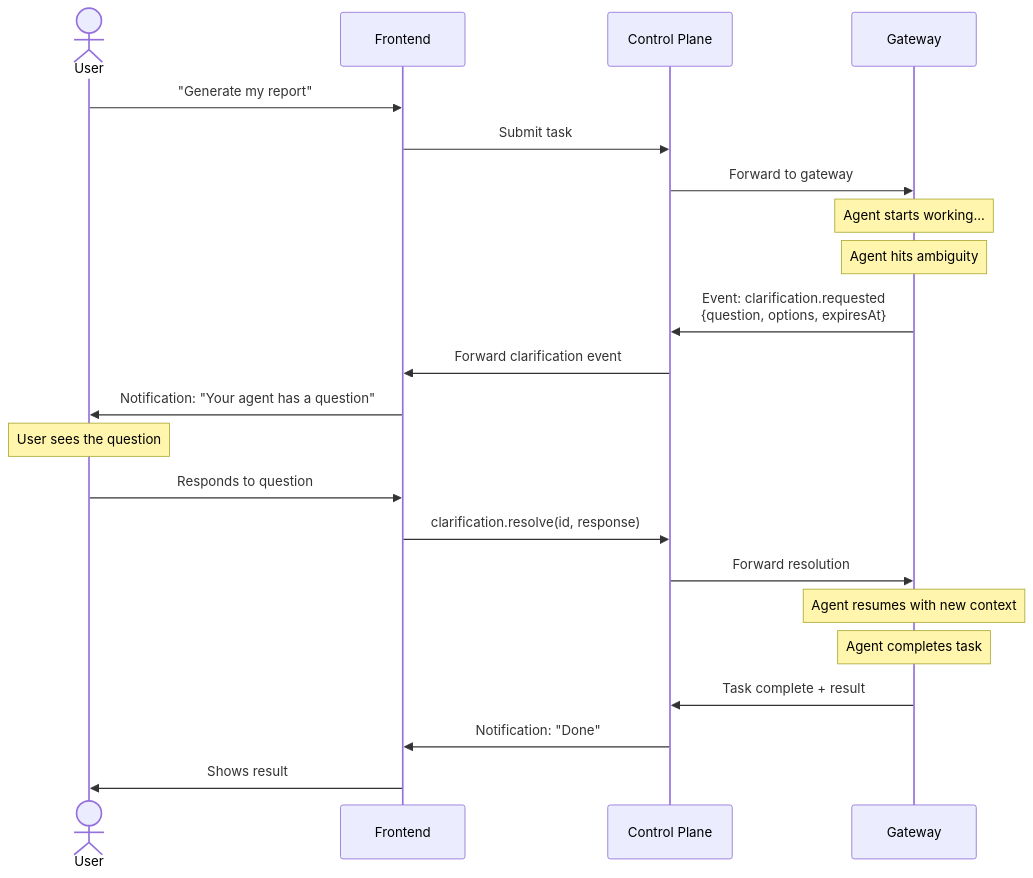
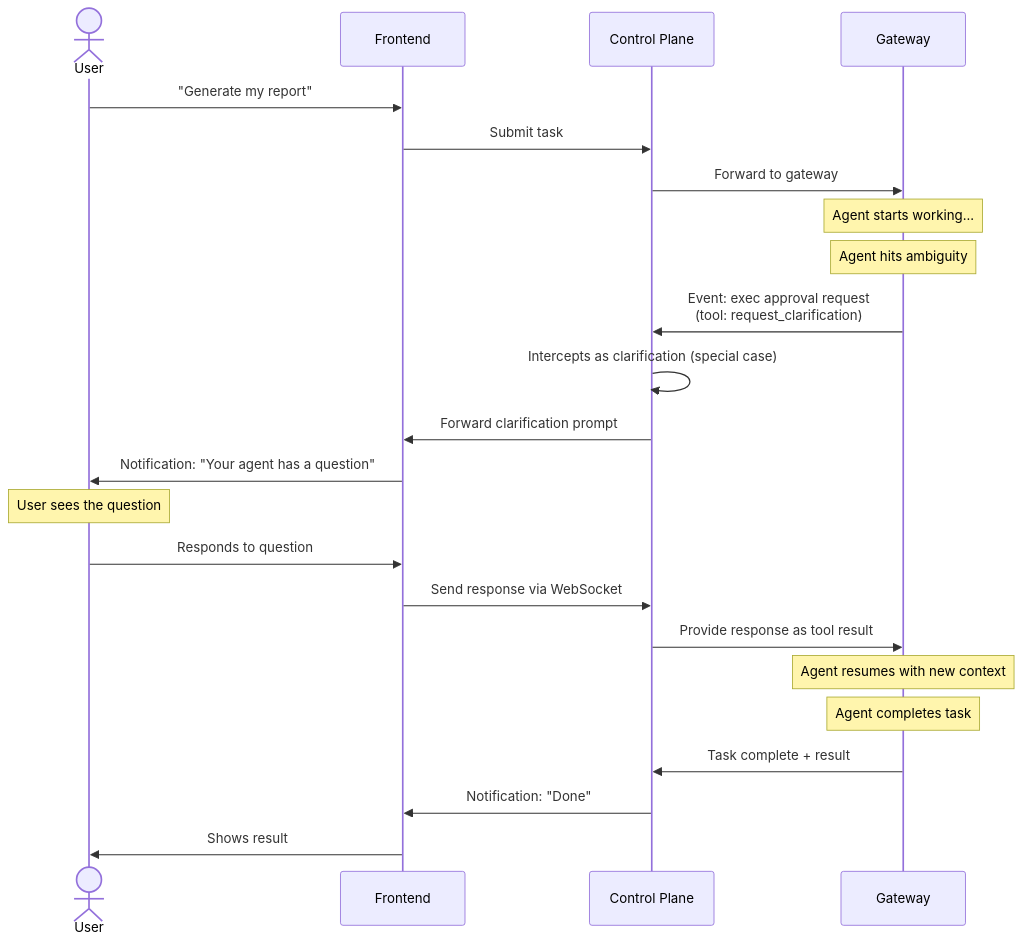
The first of 2 diagrams in brainstorm/features/error-handling.md (1qh/claw), drawn with Mermaid before and after one commit. The commit also changed other lines of this file and 17 other files, not shown here.

Commit message:
Comprehensive fix: 27 remaining issues from round 1+2 — stack gaps, security hardening, cost estimates, deferred features, schema corrections

````diff
--- a/brainstorm/features/error-handling.md
+++ b/brainstorm/features/error-handling.md
@@ -56,31 +56,32 @@
 ```mermaid
 sequenceDiagram
     actor User
     participant FE as Frontend
     participant CP as Control Plane
     participant GW as Gateway
 
     User->>FE: "Generate my report"
     FE->>CP: Submit task
     CP->>GW: Forward to gateway
 
     Note over GW: Agent starts working...
     Note over GW: Agent hits ambiguity
 
-    GW->>CP: Event: clarification.requested<br/>{question, options, expiresAt}
-    CP->>FE: Forward clarification event
+    GW->>CP: Event: exec approval request<br/>(tool: request_clarification)
+    CP->>CP: Intercepts as clarification (special case)
+    CP->>FE: Forward clarification prompt
     FE->>User: Notification: "Your agent has a question"
 
     Note over User: User sees the question
 
     User->>FE: Responds to question
-    FE->>CP: clarification.resolve(id, response)
-    CP->>GW: Forward resolution
+    FE->>CP: Send response via WebSocket
+    CP->>GW: Provide response as tool result
 
     Note over GW: Agent resumes with new context
     Note over GW: Agent completes task
 
     GW->>CP: Task complete + result
     CP->>FE: Notification: "Done"
     FE->>User: Shows result
 ```
````
